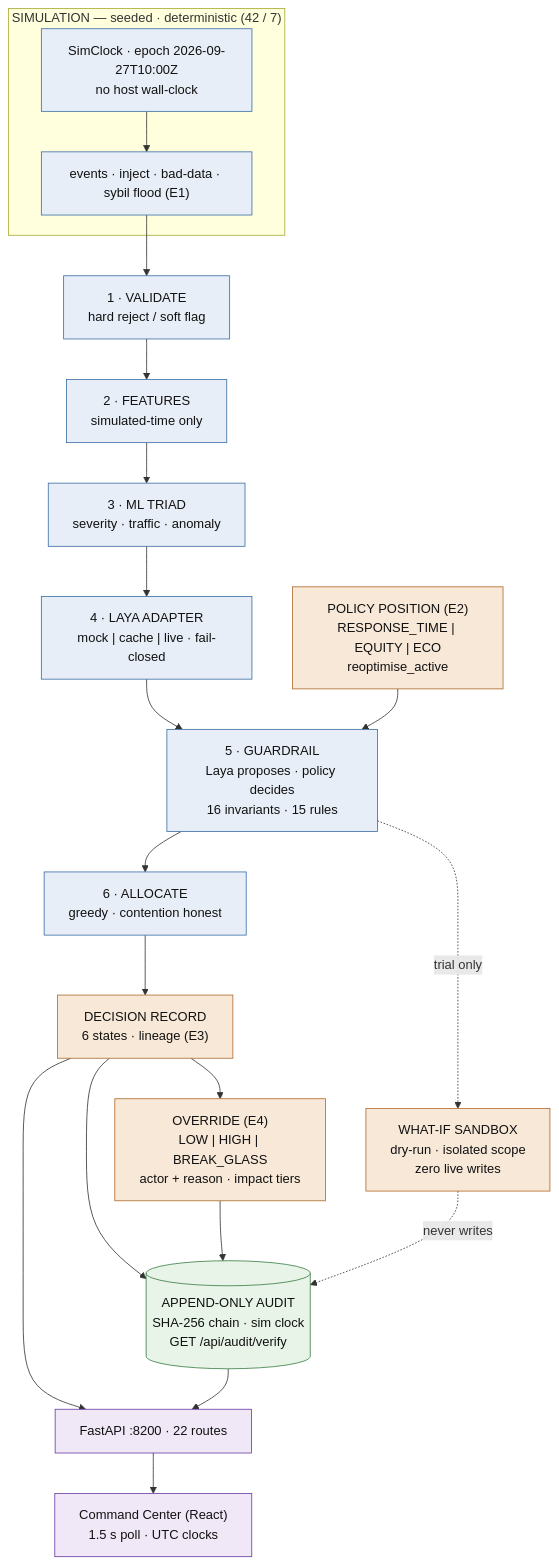
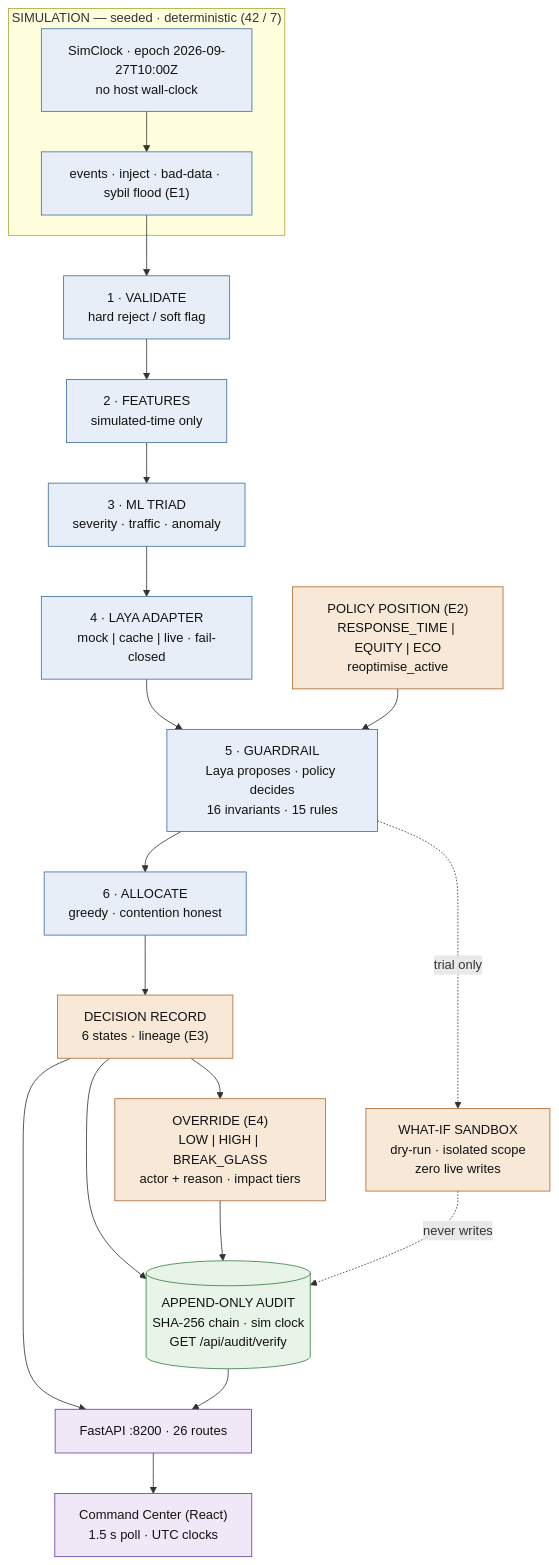
The first of 4 diagrams in README.md (Ayyankhan101/Autonomous-Decision-Intelligence-Platform-ADIP-), drawn with Mermaid before and after one commit. The commit also changed other lines of this file and 2 other files, not shown here.

Commit message:
docs: vision evidence — README counts (333), 26 routes, ARCHITECTURE + API vision sections

````diff
--- a/README.md
+++ b/README.md
@@ -49,40 +55,40 @@
 ```mermaid
 flowchart TD
     subgraph SIM["SIMULATION — seeded · deterministic (42 / 7)"]
         CLOCK["SimClock · epoch 2026-09-27T10:00Z\nno host wall-clock"]:::stage
         EVT["events · inject · bad-data · sybil flood (E1)"]:::stage
         CLOCK --> EVT
     end
 
     VAL["1 · VALIDATE\nhard reject / soft flag"]:::stage
     FEAT["2 · FEATURES\nsimulated-time only"]:::stage
     ML["3 · ML TRIAD\nseverity · traffic · anomaly"]:::stage
     LAYA["4 · LAYA ADAPTER\nmock | cache | live · fail-closed"]:::stage
     GUARD["5 · GUARDRAIL\nLaya proposes · policy decides\n16 invariants · 15 rules"]:::stage
     ALLOC["6 · ALLOCATE\ngreedy · contention honest"]:::stage
     DEC["DECISION RECORD\n6 states · lineage (E3)"]:::decision
     AUDIT[("APPEND-ONLY AUDIT\nSHA-256 chain · sim clock\nGET /api/audit/verify")]:::store
 
     POL["POLICY POSITION (E2)\nRESPONSE_TIME | EQUITY | ECO\nreoptimise_active"]:::decision
     OVR["OVERRIDE (E4)\nLOW | HIGH | BREAK_GLASS\nactor + reason · impact tiers"]:::decision
     WIF["WHAT-IF SANDBOX\ndry-run · isolated scope\nzero live writes"]:::decision
 
-    API["FastAPI :8200 · 22 routes"]:::infra
+    API["FastAPI :8200 · 26 routes"]:::infra
     DASH["Command Center (React)\n1.5 s poll · UTC clocks"]:::infra
 
     EVT --> VAL --> FEAT --> ML --> LAYA --> GUARD --> ALLOC --> DEC
     DEC --> AUDIT
     DEC --> OVR
     OVR --> AUDIT
     POL --> GUARD
     GUARD -.->|"trial only"| WIF
     WIF -.->|"never writes"| AUDIT
     DEC --> API
     AUDIT --> API
     API --> DASH
 
     classDef stage fill:#e8eef7,stroke:#3b6ea5,color:#111
     classDef decision fill:#f7e8d8,stroke:#b06a2c,color:#111
     classDef store fill:#e8f4e8,stroke:#3a7d44,color:#111
     classDef infra fill:#f0e8f7,stroke:#6a3ba5,color:#111
 ```
````
